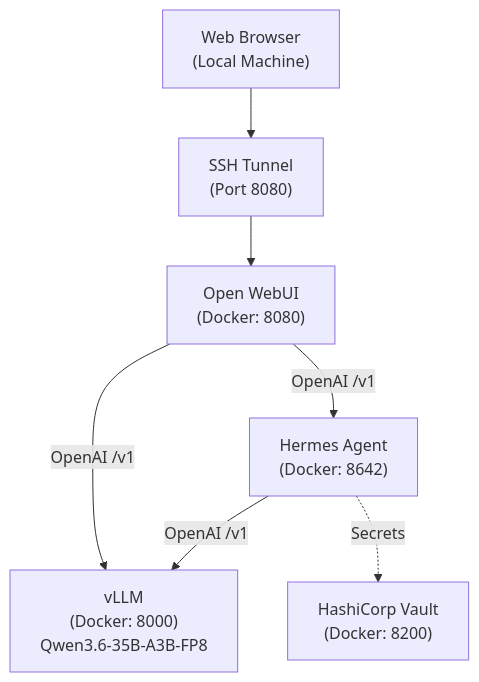
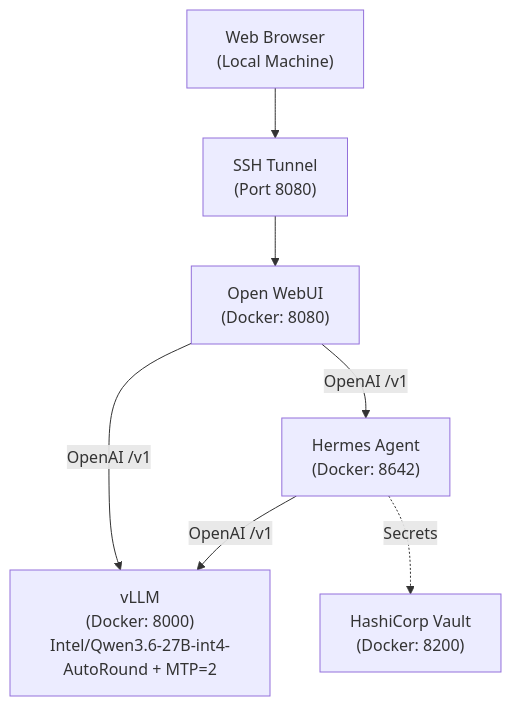
Before and after one commit to bryantharpe/dgx-ollama-hermes-config: the diagram in DEPLOYMENT.md, drawn with Mermaid. The commit also changed other lines of this file and 2 other files, not shown here.

First line of the commit message:
docs: refresh README + DEPLOYMENT for current vLLM stack; drop dead C4

````diff
--- a/DEPLOYMENT.md
+++ b/DEPLOYMENT.md
@@ -9,16 +9,16 @@
 ```mermaid
 flowchart TD
     Browser["Web Browser<br/>(Local Machine)"]
     SSH["SSH Tunnel<br/>(Port 8080)"]
     WebUI["Open WebUI<br/>(Docker: 8080)"]
     Hermes["Hermes Agent<br/>(Docker: 8642)"]
-    vLLM["vLLM<br/>(Docker: 8000)<br/>Qwen3.6-35B-A3B-FP8"]
+    vLLM["vLLM<br/>(Docker: 8000)<br/>Intel/Qwen3.6-27B-int4-AutoRound + MTP=2"]
     Vault["HashiCorp Vault<br/>(Docker: 8200)"]
 
     Browser --> SSH
     SSH --> WebUI
     WebUI -->|OpenAI /v1| Hermes
     WebUI -->|OpenAI /v1| vLLM
     Hermes -->|OpenAI /v1| vLLM
     Hermes -.->|Secrets| Vault
 ```
````
